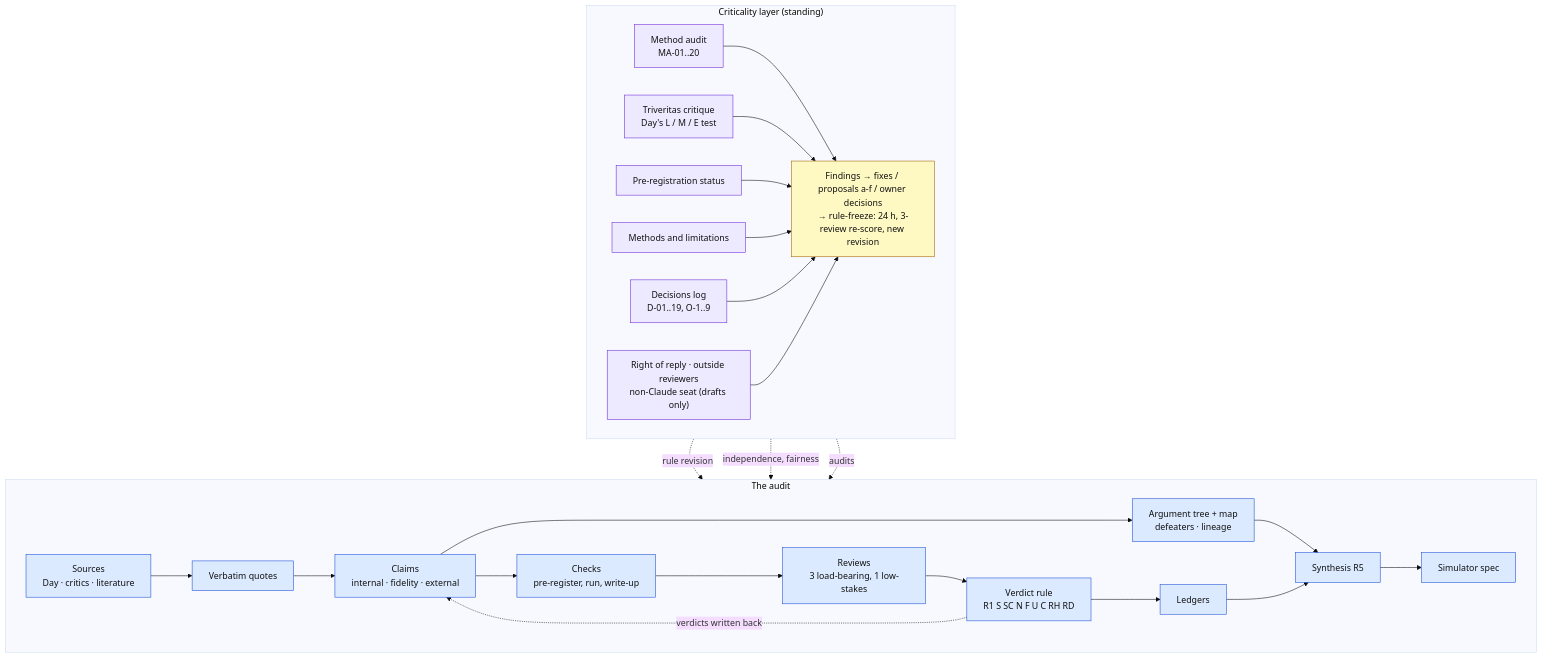
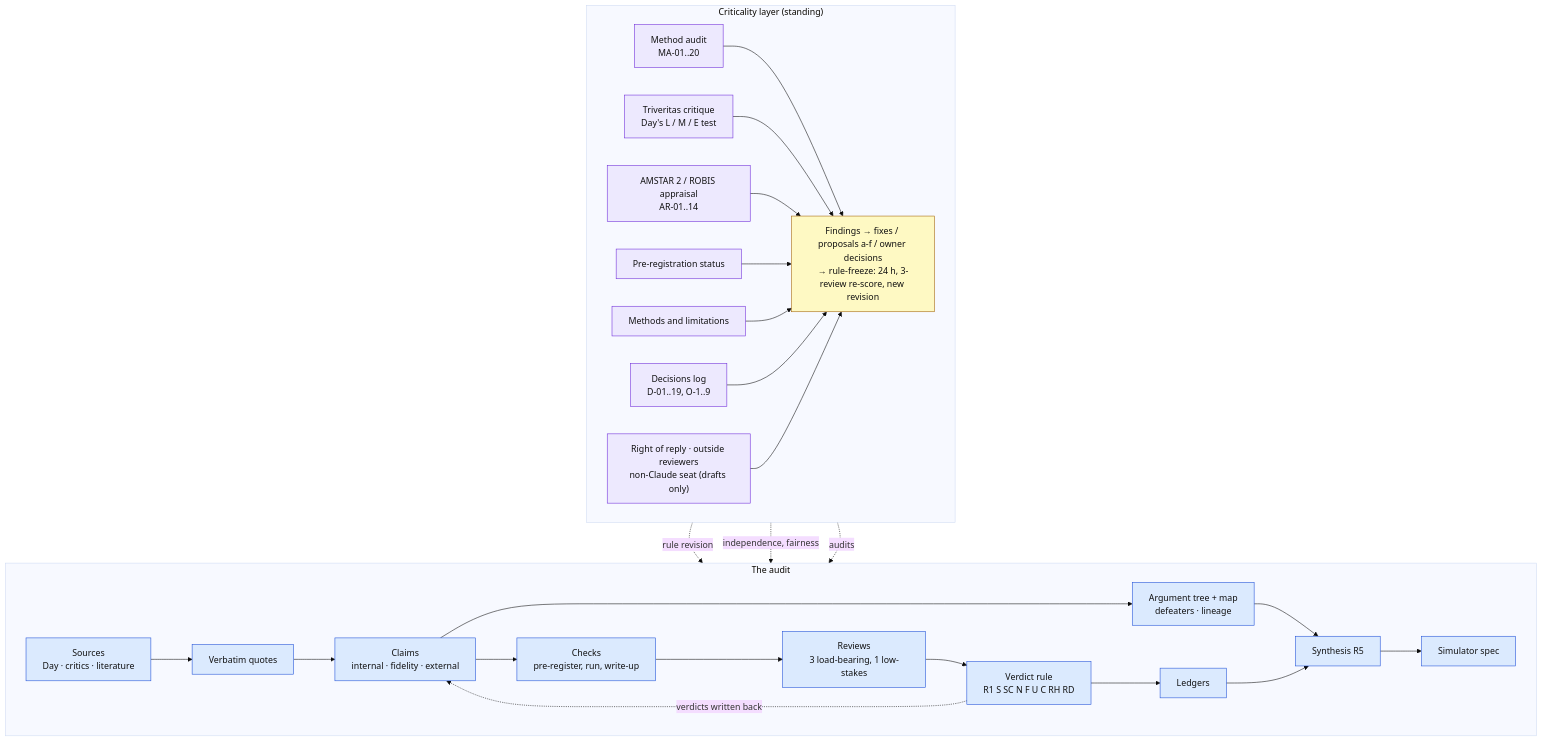
One commit to nickallevato/evo-sim changed the diagram in docs/research/criticality/README.md. Above: the diagram before and after it, drawn with Mermaid (base theme). The commit also changed other lines of this file and 4 other files, not shown here.

````diff
--- a/docs/research/criticality/README.md
+++ b/docs/research/criticality/README.md
@@ -13,30 +13,31 @@
 ```mermaid
 flowchart TB
   subgraph CORE["The audit"]
     direction LR
     SRC["Sources<br/>Day · critics · literature"] --> Q["Verbatim quotes"] --> CL["Claims<br/>internal · fidelity · external"] --> MAP["Argument tree + map<br/>defeaters · lineage"] --> R5["Synthesis R5"] --> SIM["Simulator spec"]
     CL --> CH["Checks<br/>pre-register, run, write-up"] --> RV["Reviews<br/>3 load-bearing, 1 low-stakes"] --> VR["Verdict rule<br/>R1 S SC N F U C RH RD"] --> LG["Ledgers"] --> R5
     VR -. "verdicts written back" .-> CL
   end
   subgraph CRIT["Criticality layer (standing)"]
     direction LR
     MA["Method audit<br/>MA-01..20"]
     TV["Triveritas critique<br/>Day's L / M / E test"]
+    AR["AMSTAR 2 / ROBIS appraisal<br/>AR-01..14"]
     PR["Pre-registration status"]
     ML["Methods and limitations"]
     DL["Decisions log<br/>D-01..19, O-1..9"]
     OUT["Right of reply · outside reviewers<br/>non-Claude seat (drafts only)"]
     FB["Findings → fixes / proposals a-f / owner decisions<br/>→ rule-freeze: 24 h, 3-review re-score, new revision"]
-    MA & TV & PR & ML & DL & OUT --> FB
+    MA & TV & AR & PR & ML & DL & OUT --> FB
   end
   CRIT -. "audits" .-> CORE
   FB -. "rule revision" .-> VR
   FB -. "independence, fairness" .-> RV
 
   classDef core fill:#dbeafe,stroke:#1d4ed8,color:#111
   classDef crit fill:#ede9fe,stroke:#6d28d9,color:#111
   classDef fb fill:#fef9c3,stroke:#a16207,color:#111
   class SRC,Q,CL,MAP,R5,SIM,CH,RV,VR,LG core
-  class MA,TV,PR,ML,DL,OUT crit
+  class MA,TV,AR,PR,ML,DL,OUT crit
   class FB fb
 ```
````
